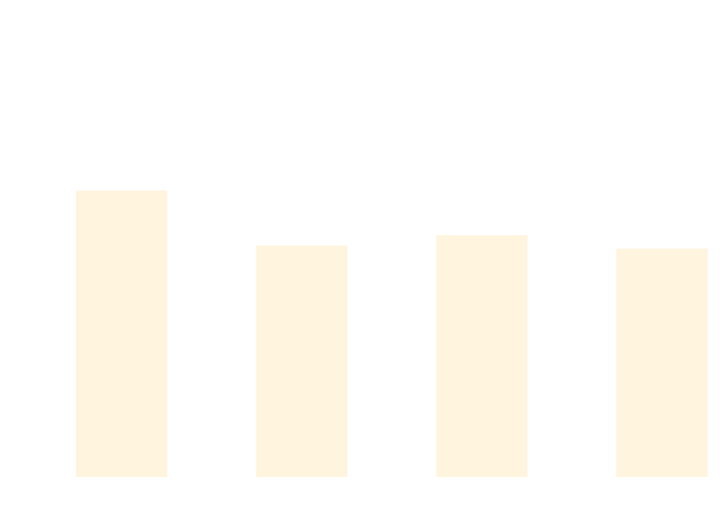
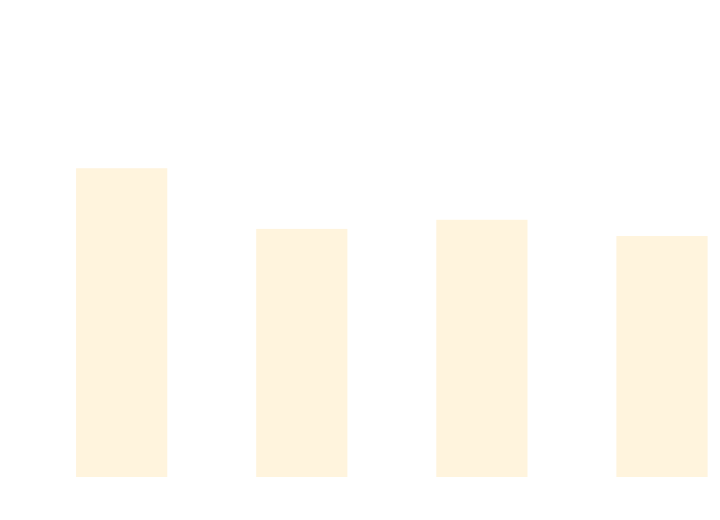
Before and after one commit to thomhurst/TUnit: the diagram in docs/docs/benchmarks/BuildTime.md, drawn with Mermaid. The commit also changed other lines of this file and 17 other files, not shown here.

````diff
--- a/docs/docs/benchmarks/BuildTime.md
+++ b/docs/docs/benchmarks/BuildTime.md
@@ -28,37 +28,37 @@
 ```mermaid
 %%{init: {
   'theme':'base',
   'themeVariables': {
     'primaryColor': '#2563eb',
     'primaryTextColor': '#ffffff',
     'primaryBorderColor': '#1e40af',
     'lineColor': '#6b7280',
     'secondaryColor': '#7c3aed',
     'tertiaryColor': '#dc2626',
     'background': '#ffffff',
     'mainBkg': '#2563eb',
     'secondBkg': '#7c3aed',
     'tertiaryBkg': '#dc2626',
     'clusterBkg': '#f3f4f6',
     'edgeLabelBackground': '#ffffff',
     'tertiaryTextColor': '#1f2937',
     'pie1': '#2563eb',
     'pie2': '#7c3aed',
     'pie3': '#dc2626',
     'pie4': '#f59e0b',
     'pie5': '#10b981',
     'pie6': '#06b6d4',
     'pie7': '#ec4899',
     'pie8': '#6366f1',
     'pie9': '#84cc16',
     'pie10': '#f97316',
     'pie11': '#14b8a6',
     'pie12': '#a855f7'
   }
 }}%%
 xychart-beta
   title "Build Time Comparison"
   x-axis ["Build_TUnit", "Build_NUnit", "Build_MSTest", "Build_xUnit3"]
   y-axis "Time (s)" 0 --> 3
-  bar [2.043, 1.639, 1.715, 1.616]
+  bar [2.206, 1.761, 1.828, 1.709]
 ```
````
